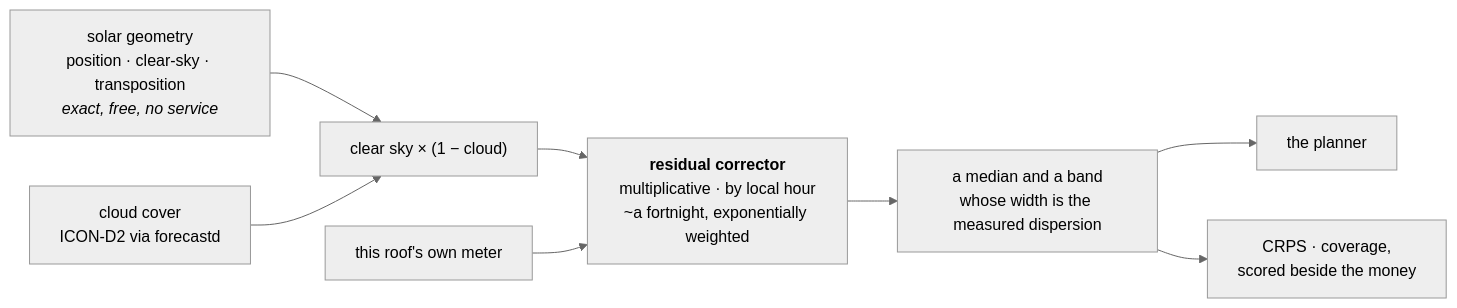
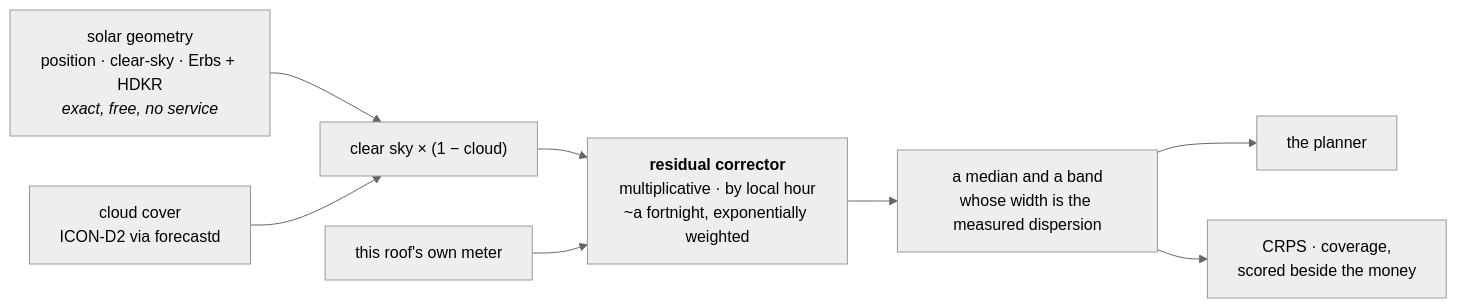
The diagram in site/content/docs/forecasting.md (hupe1980/hems), drawn with Mermaid (neutral theme) before and after one commit. The commit also changed other lines of this file and 26 other files, not shown here.

```diff
--- a/site/content/docs/forecasting.md
+++ b/site/content/docs/forecasting.md
@@ -50,10 +50,10 @@
 <pre class="mermaid">
 flowchart LR
-  G["solar geometry<br/>position · clear-sky · transposition<br/><i>exact, free, no service</i>"] --> M
+  G["solar geometry<br/>position · clear-sky · Erbs + HDKR<br/><i>exact, free, no service</i>"] --> M
   W["cloud cover<br/>ICON-D2 via forecastd"] --> M["clear sky × (1 − cloud)"]
   M --> C["<b>residual corrector</b><br/>multiplicative · by local hour<br/>~a fortnight, exponentially weighted"]
   H["this roof's own meter"] --> C
   C --> F["a median and a band<br/>whose width is the measured dispersion"]
   F --> P["the planner"]
   F --> S["CRPS · coverage,<br/>scored beside the money"]
 </pre>
```
